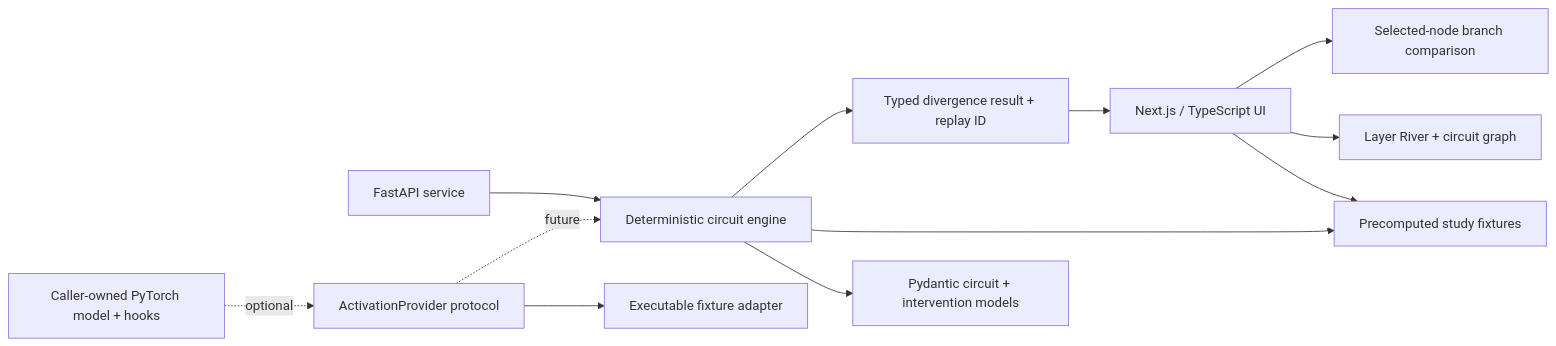
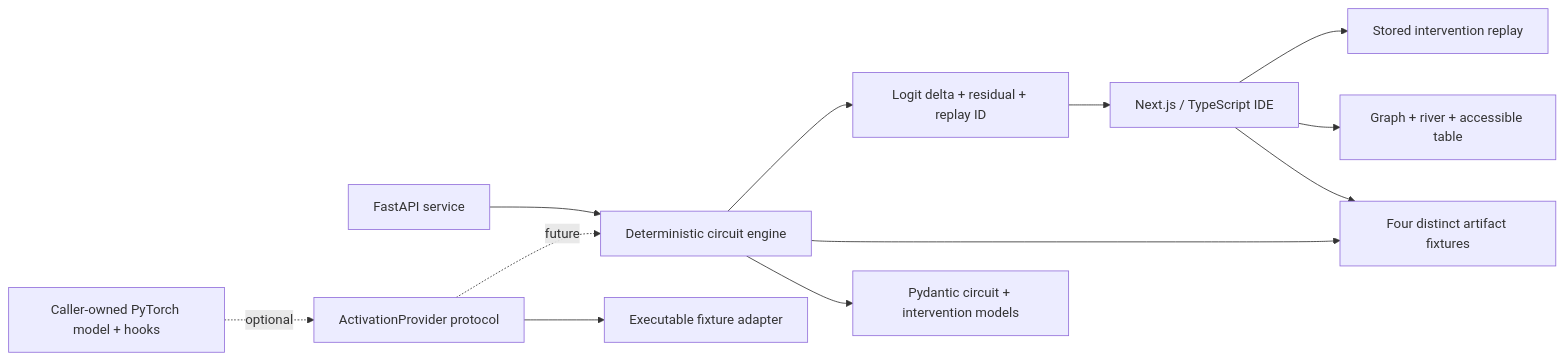
One commit to MarinJursic/branchtrace-circuit-explorer changed the diagram in README.md. Above: the diagram before and after it, drawn with Mermaid. The commit also changed other lines of this file and 18 other files, not shown here.

````diff
--- a/README.md
+++ b/README.md
@@ -91,14 +110,14 @@
 ```mermaid
 flowchart LR
-    UI["Next.js / TypeScript UI"] --> Fixtures["Precomputed study fixtures"]
-    UI --> Views["Layer River + circuit graph"]
-    UI --> Branch["Selected-node branch comparison"]
+    UI["Next.js / TypeScript IDE"] --> Fixtures["Four distinct artifact fixtures"]
+    UI --> Views["Graph + river + accessible table"]
+    UI --> Branch["Stored intervention replay"]
     API["FastAPI service"] --> Engine["Deterministic circuit engine"]
     Engine --> Models["Pydantic circuit + intervention models"]
     Engine --> Fixtures
     Adapter["ActivationProvider protocol"] --> FixtureAdapter["Executable fixture adapter"]
     Adapter -. future .-> Engine
     Torch["Caller-owned PyTorch model + hooks"] -. optional .-> Adapter
-    Engine --> Result["Typed divergence result + replay ID"]
+    Engine --> Result["Logit delta + residual + replay ID"]
     Result --> UI
 ```
````
